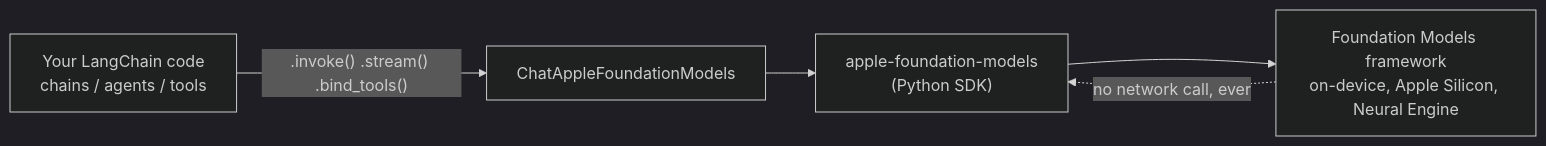
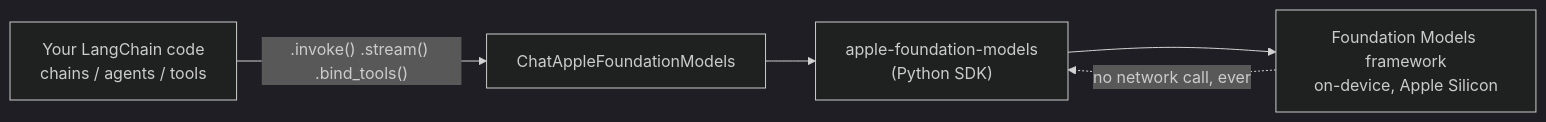
One commit to rajanshxrma/langchain-apple-foundation-models changed the diagram in README.md. Above: the diagram before and after it, drawn with Mermaid (dark theme). The commit also changed other lines of this file, not shown here.

Commit message:
removed the unverifiable neural engine claim, kept the on-device zero-network claim

````diff
--- a/README.md
+++ b/README.md
@@ -37,7 +37,7 @@
 ```mermaid
 flowchart LR
     App["Your LangChain code<br/>chains / agents / tools"] -->|".invoke() .stream() .bind_tools()"| Provider["ChatAppleFoundationModels"]
     Provider --> SDK["apple-foundation-models<br/>(Python SDK)"]
-    SDK --> FM["Foundation Models framework<br/>on-device, Apple Silicon, Neural Engine"]
+    SDK --> FM["Foundation Models framework<br/>on-device, Apple Silicon"]
     FM -.->|"no network call, ever"| SDK
 ```
````
